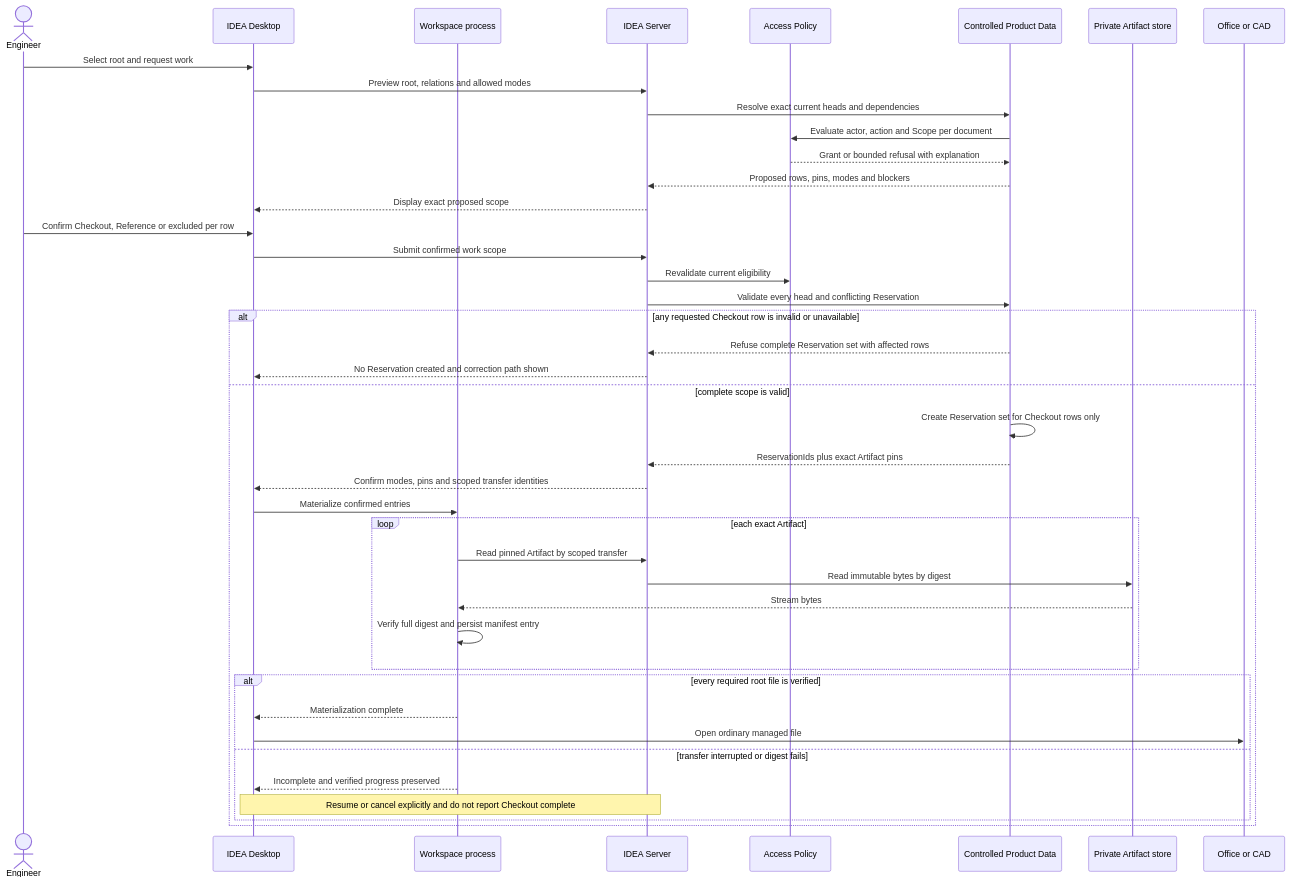
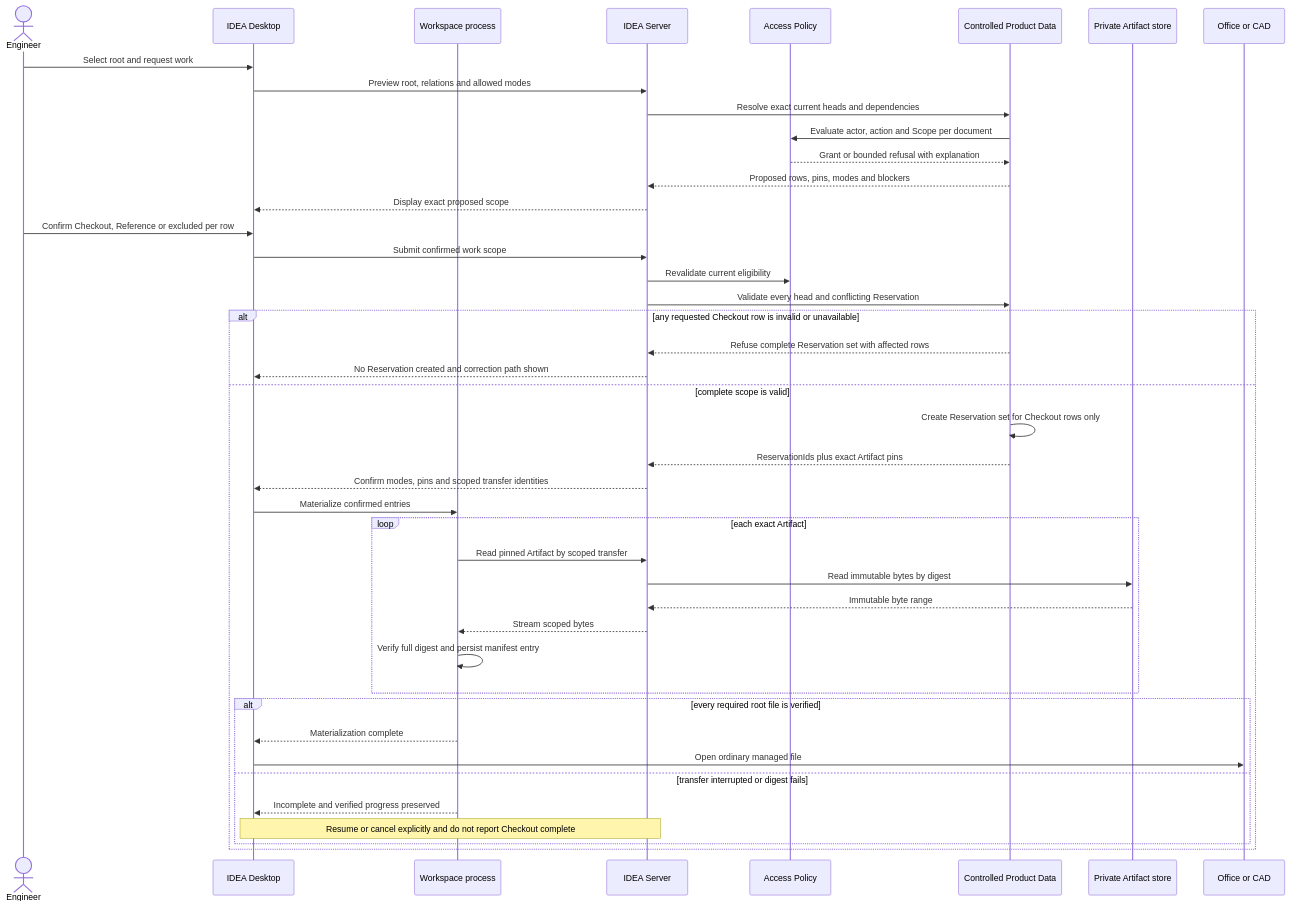
Diagram 11 of 26 in docs/product/instances/idea-engineering/DOC-05-architecture-description.md (devphuclam/IDEAEngineering), drawn with Mermaid before and after one commit. The commit also changed other lines of this file and 73 other files, not shown here.

Commit message:
docs: correct architecture custody and audit views

````diff
--- a/docs/product/instances/idea-engineering/DOC-05-architecture-description.md
+++ b/docs/product/instances/idea-engineering/DOC-05-architecture-description.md
@@ -824,48 +891,49 @@
 ```mermaid
 sequenceDiagram
     accTitle: Confirmed Checkout and Reference materialization
-    accDescr: The engineer first sees and confirms an exact document scope. The server evaluates permission and current state for every row. One conflict refuses the requested Reservation set. If valid, the server creates Reservations only for Checkout rows, returns exact Artifact pins for both modes, and the Workspace verifies each digest before updating its manifest or opening the root file.
+    accDescr: The engineer first sees and confirms an exact document scope. The server evaluates permission and current state for every row. One conflict refuses the requested Reservation set. If valid, the server creates Reservations only for Checkout rows, returns exact Artifact pins for both modes, and mediates each Store-to-Workspace byte stream so the Workspace verifies each digest before updating its manifest or opening the root file.
 
     actor Engineer
     participant Desktop as IDEA Desktop
     participant Workspace as Workspace process
     participant Server as IDEA Server
     participant Policy as Access Policy
     participant Product as Controlled Product Data
     participant Store as Private Artifact store
     participant Tool as Office or CAD
 
     Engineer->>Desktop: Select root and request work
     Desktop->>Server: Preview root, relations and allowed modes
     Server->>Product: Resolve exact current heads and dependencies
     Product->>Policy: Evaluate actor, action and Scope per document
     Policy-->>Product: Grant or bounded refusal with explanation
     Product-->>Server: Proposed rows, pins, modes and blockers
     Server-->>Desktop: Display exact proposed scope
     Engineer->>Desktop: Confirm Checkout, Reference or excluded per row
     Desktop->>Server: Submit confirmed work scope
     Server->>Policy: Revalidate current eligibility
     Server->>Product: Validate every head and conflicting Reservation
     alt any requested Checkout row is invalid or unavailable
         Product-->>Server: Refuse complete Reservation set with affected rows
         Server-->>Desktop: No Reservation created and correction path shown
     else complete scope is valid
         Product->>Product: Create Reservation set for Checkout rows only
         Product-->>Server: ReservationIds plus exact Artifact pins
         Server-->>Desktop: Confirm modes, pins and scoped transfer identities
         Desktop->>Workspace: Materialize confirmed entries
         loop each exact Artifact
             Workspace->>Server: Read pinned Artifact by scoped transfer
             Server->>Store: Read immutable bytes by digest
-            Store-->>Workspace: Stream bytes
+            Store-->>Server: Immutable byte range
+            Server-->>Workspace: Stream scoped bytes
             Workspace->>Workspace: Verify full digest and persist manifest entry
         end
         alt every required root file is verified
             Workspace-->>Desktop: Materialization complete
             Desktop->>Tool: Open ordinary managed file
         else transfer interrupted or digest fails
             Workspace-->>Desktop: Incomplete and verified progress preserved
             Note over Desktop,Server: Resume or cancel explicitly and do not report Checkout complete
         end
     end
 ```
````
